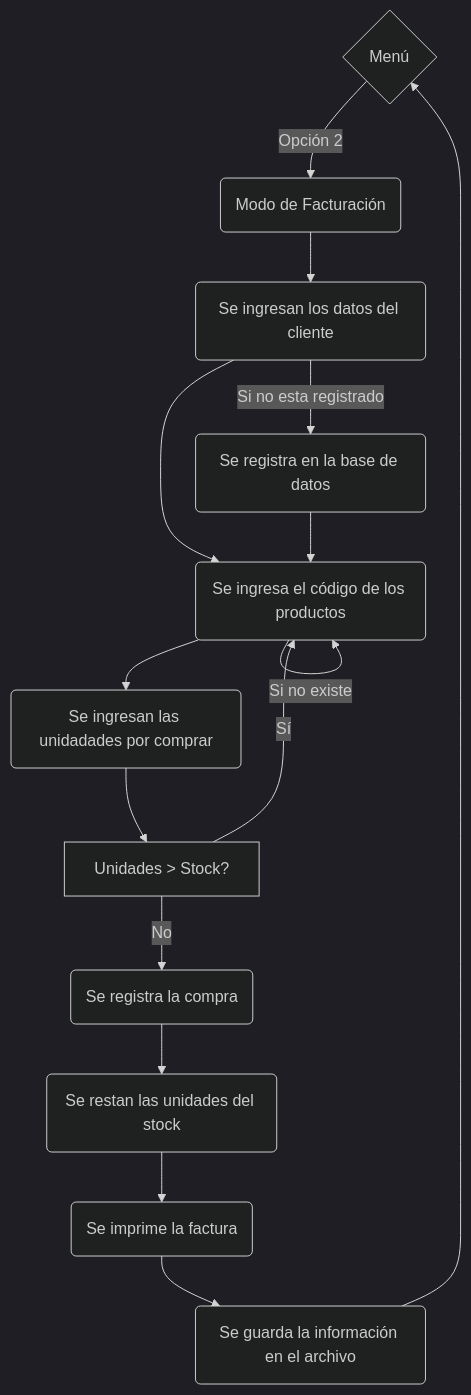
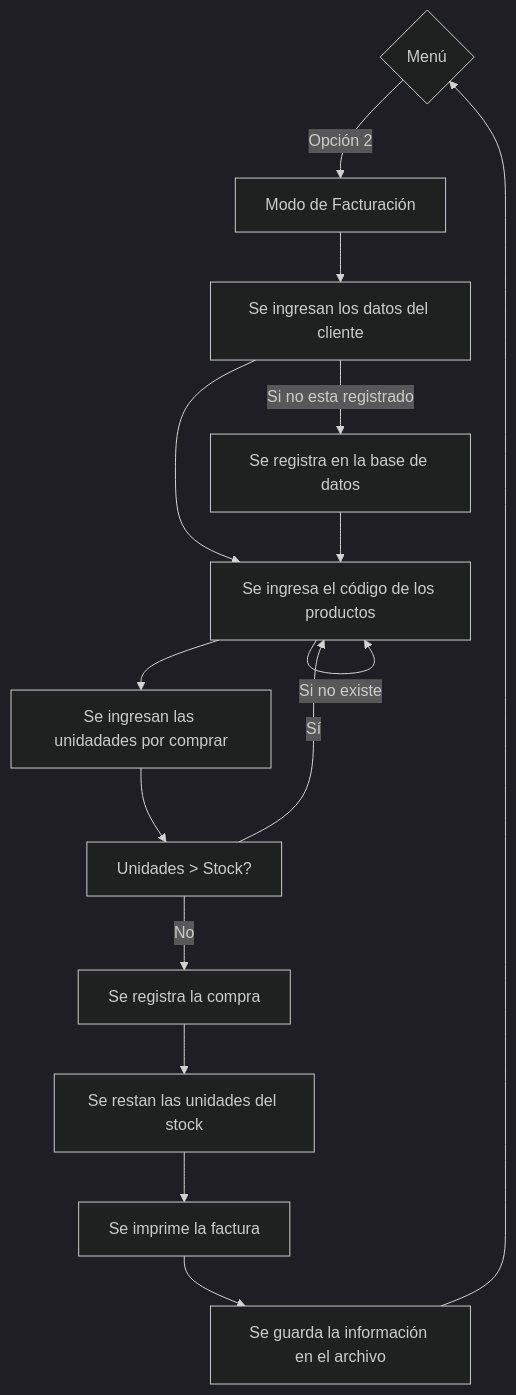
One commit to NotName-K/Project changed the fourth of 6 diagrams in README.md. Above: the diagram before and after it, drawn with Mermaid (dark theme). The commit also changed other lines of this file, not shown here.

````diff
--- a/README.md
+++ b/README.md
@@ -98,17 +98,17 @@
 ```mermaid
 graph TD;
-B{Menú} -->|Opción 2|R(Modo de Facturación);
-    R -->L1(Se ingresan los datos del cliente);
-    L1-->|Si no esta registrado|M1(Se registra en la base de datos);
+B{Menú} -->|Opción 2|R[Modo de Facturación];
+    R -->L1[Se ingresan los datos del cliente];
+    L1-->|Si no esta registrado|M1[Se registra en la base de datos];
     L1-->N1;
-    M1-->N1(Se ingresa el código de los productos);
+    M1-->N1[Se ingresa el código de los productos];
     N1-->|Si no existe|N1;
-    N1-->O1(Se ingresan las unidadades por comprar);
+    N1-->O1[Se ingresan las unidadades por comprar];
     O1-->P1[Unidades > Stock?];
     P1-->|Sí|N1;
-    P1-->|No|Q1(Se registra la compra);
-    Q1-->R1(Se restan las unidades del stock);
-    R1-->S1(Se imprime la factura);
-    S1-->T1(Se guarda la información en el archivo);
+    P1-->|No|Q1[Se registra la compra];
+    Q1-->R1[Se restan las unidades del stock];
+    R1-->S1[Se imprime la factura];
+    S1-->T1[Se guarda la información en el archivo];
     T1-->B;
 ```
````
